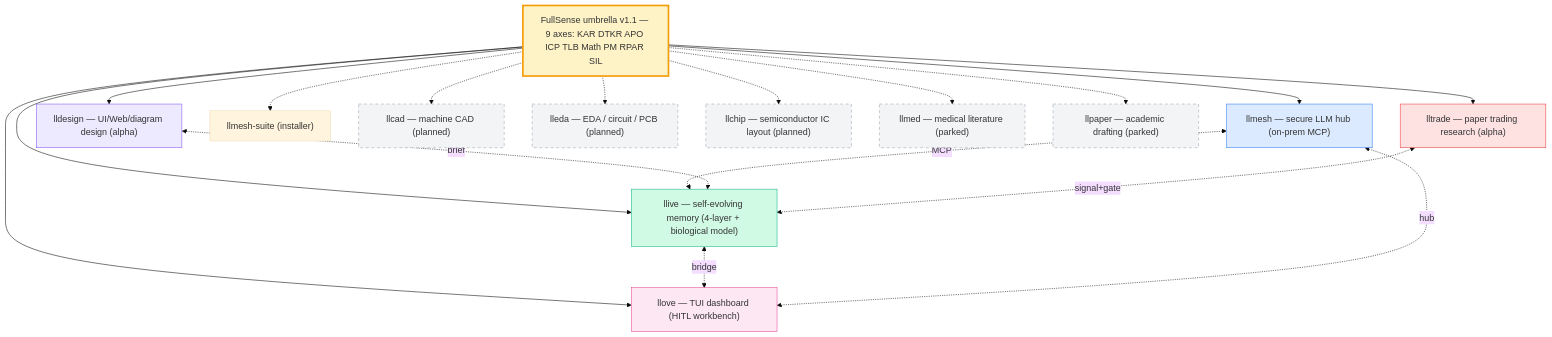
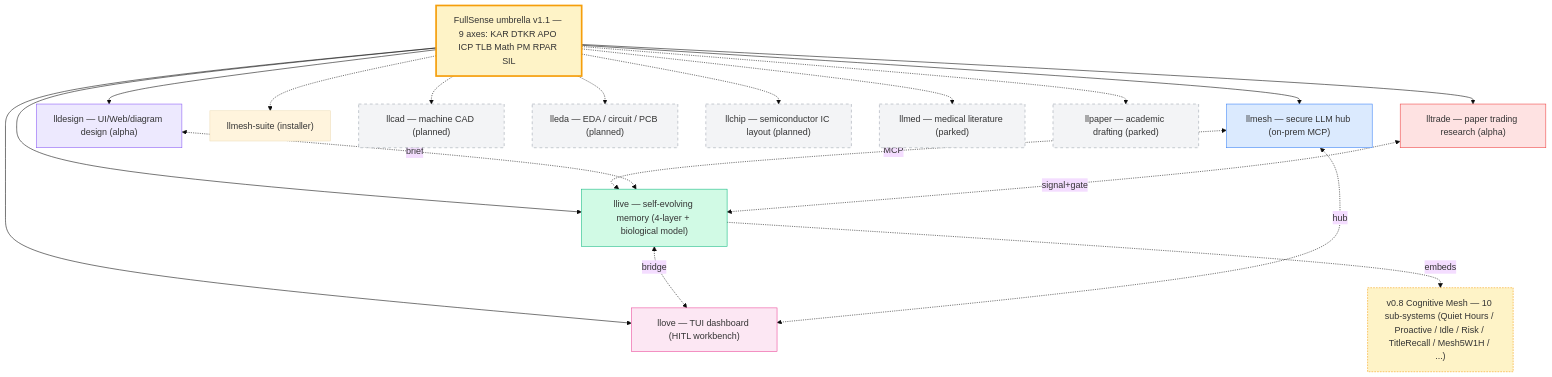
The diagram in docs/index.md (furuse-kazufumi/fullsense), drawn with Mermaid (base theme) before and after one commit. The commit also changed other lines of this file, not shown here.

Commit message:
docs(portal): Family Tree Mermaid に Cognitive Mesh subgraph を追加
llive 配下に「v0.8 Cognitive Mesh - 10 sub-systems」ノードを点線 embed
で表示。landing page 訪問者が一目で発見でき、Cognitive Mesh hub への
ナビ動線を明示。

Mermaid 直下に短い説明 + hub 内部リンクを追加 (10/10 skeleton 完了 +
1379 PASS の事実も併記)。

検証: verify_publication.sh ALL CHECKS PASSED 維持。

````diff
--- a/docs/index.md
+++ b/docs/index.md
@@ -17,42 +17,45 @@
 ```mermaid
 flowchart TD
     F["FullSense umbrella v1.1 — 9 axes: KAR DTKR APO ICP TLB Math PM RPAR SIL"]
     LM["llmesh — secure LLM hub (on-prem MCP)"]
     LI["llive — self-evolving memory (4-layer + biological model)"]
     LO["llove — TUI dashboard (HITL workbench)"]
     LD["lldesign — UI/Web/diagram design (alpha)"]
     LT["lltrade — paper trading research (alpha)"]
     LMS["llmesh-suite (installer)"]
     LCAD["llcad — machine CAD (planned)"]
     LEDA["lleda — EDA / circuit / PCB (planned)"]
     LCHIP["llchip — semiconductor IC layout (planned)"]
     LMED["llmed — medical literature (parked)"]
     LPAPER["llpaper — academic drafting (parked)"]
     F --> LM
     F --> LI
     F --> LO
     F --> LD
     F --> LT
     F -.-> LMS
     F -.-> LCAD
     F -.-> LEDA
     F -.-> LCHIP
     F -.-> LMED
     F -.-> LPAPER
     LM <-. MCP .-> LI
     LI <-. bridge .-> LO
     LM <-. hub .-> LO
     LD <-. brief .-> LI
     LT <-. signal+gate .-> LI
+    CM["v0.8 Cognitive Mesh — 10 sub-systems (Quiet Hours / Proactive / Idle / Risk / TitleRecall / Mesh5W1H / ...)"]
+    LI -. embeds .-> CM
     style F fill:#fef3c7,stroke:#f59e0b,stroke-width:3px
     style LI fill:#d1fae5,stroke:#10b981
     style LM fill:#dbeafe,stroke:#3b82f6
     style LO fill:#fce7f3,stroke:#ec4899
     style LD fill:#ede9fe,stroke:#8b5cf6
     style LT fill:#fee2e2,stroke:#ef4444
+    style CM fill:#fef3c7,stroke:#f59e0b,stroke-dasharray:3 2
     style LCAD fill:#f3f4f6,stroke:#9ca3af,stroke-dasharray:5 5
     style LEDA fill:#f3f4f6,stroke:#9ca3af,stroke-dasharray:5 5
     style LCHIP fill:#f3f4f6,stroke:#9ca3af,stroke-dasharray:5 5
     style LMED fill:#f3f4f6,stroke:#9ca3af,stroke-dasharray:5 5
     style LPAPER fill:#f3f4f6,stroke:#9ca3af,stroke-dasharray:5 5
 ```
````
